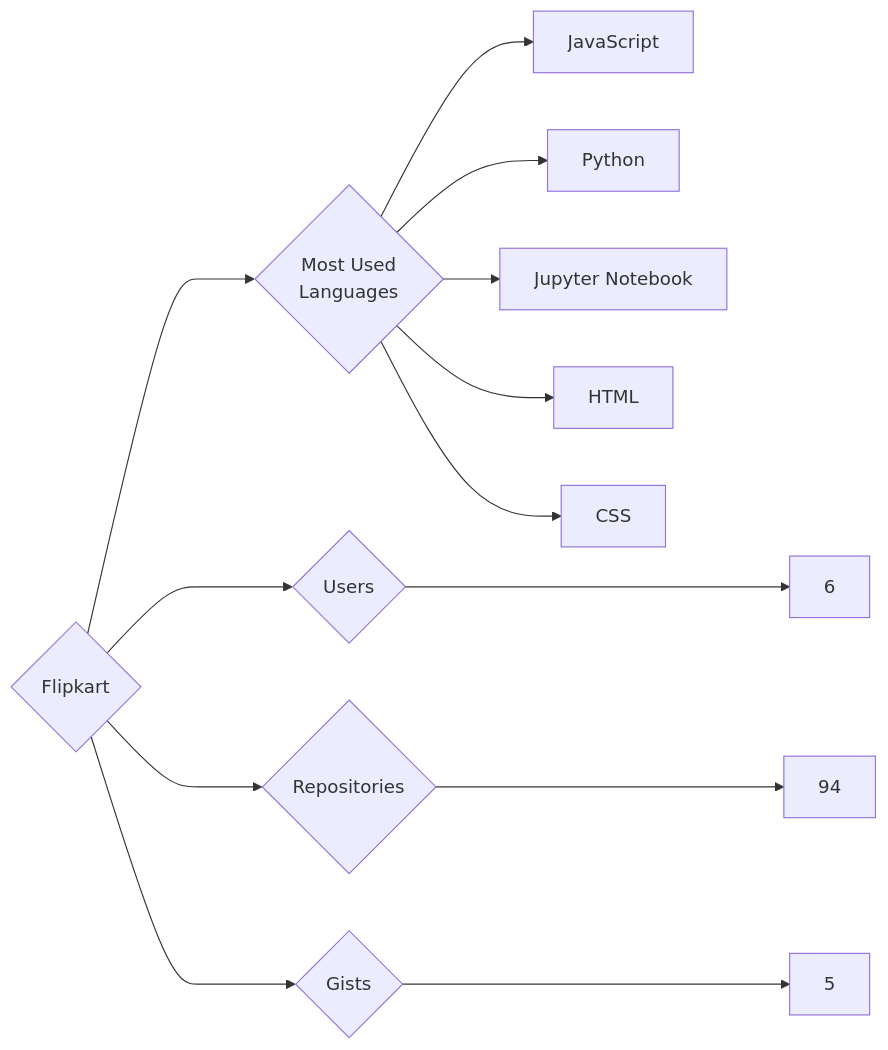
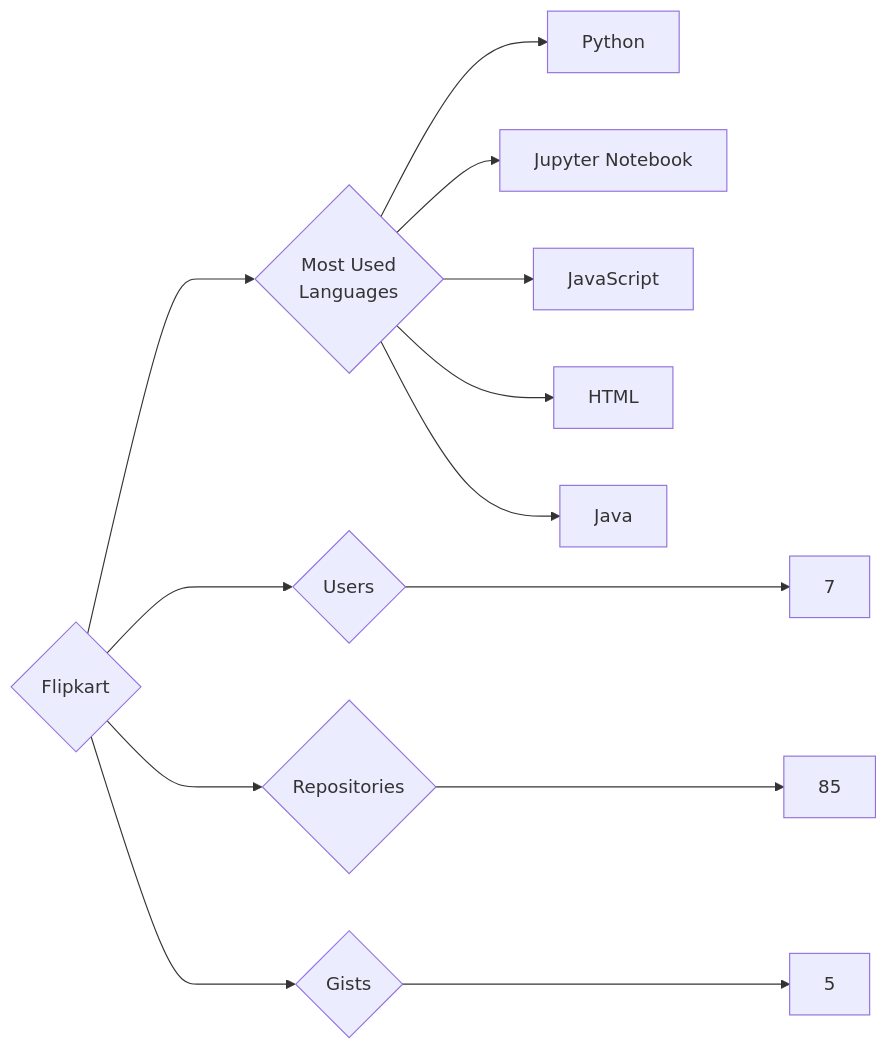
The diagram in targets/Flipkart/README.md (trickest/insiders), drawn with Mermaid before and after one commit. The commit also changed 985 other files, not shown here.

````diff
--- a/targets/Flipkart/README.md
+++ b/targets/Flipkart/README.md
@@ -3,13 +3,13 @@
 ```mermaid
 graph LR
 COMPANY_NAME{Flipkart}
-COMPANY_NAME ---> U{Users} ---> UN[6]
-COMPANY_NAME ---> R{Repositories} ---> RN[94]
+COMPANY_NAME ---> U{Users} ---> UN[7]
+COMPANY_NAME ---> R{Repositories} ---> RN[85]
 COMPANY_NAME ---> G{Gists} ---> GN[5]
 COMPANY_NAME ---> ML{Most Used<br>Languages}
-ML --> JavaScript[JavaScript]
 ML --> Python[Python]
 ML --> Jupyter_Notebook[Jupyter Notebook]
+ML --> JavaScript[JavaScript]
 ML --> HTML[HTML]
-ML --> CSS[CSS]
+ML --> Java[Java]
 ```
````
